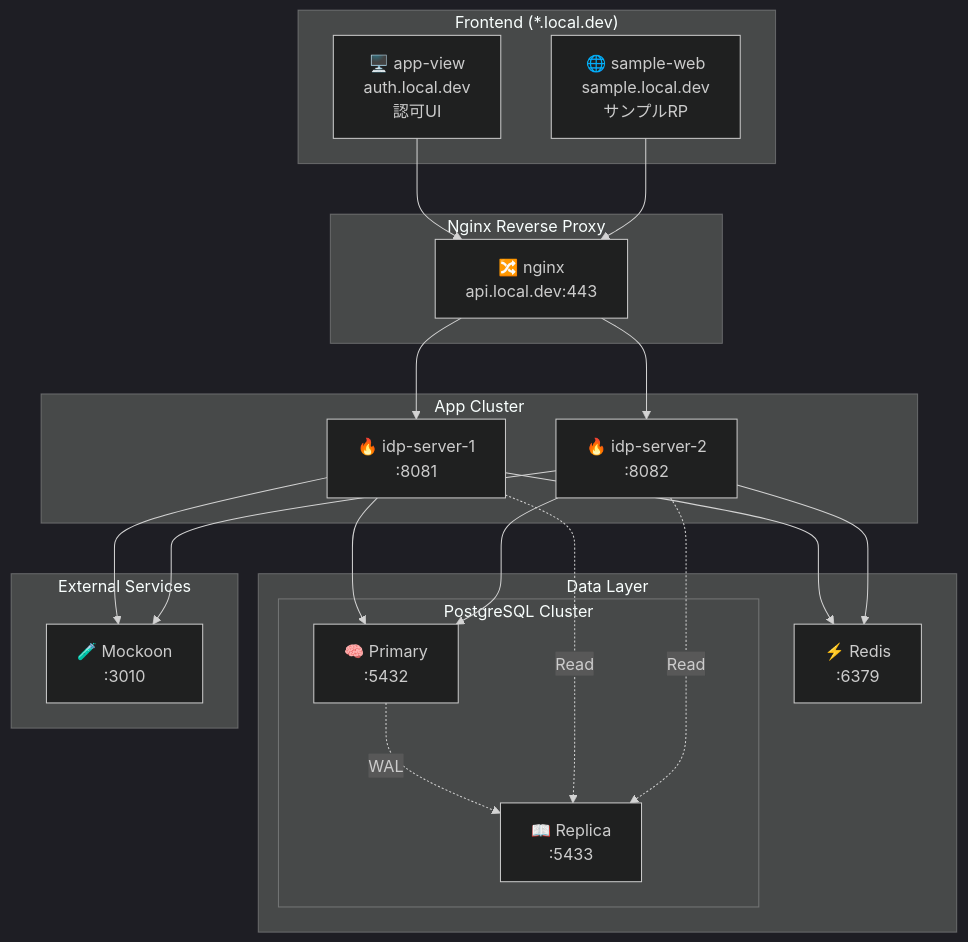
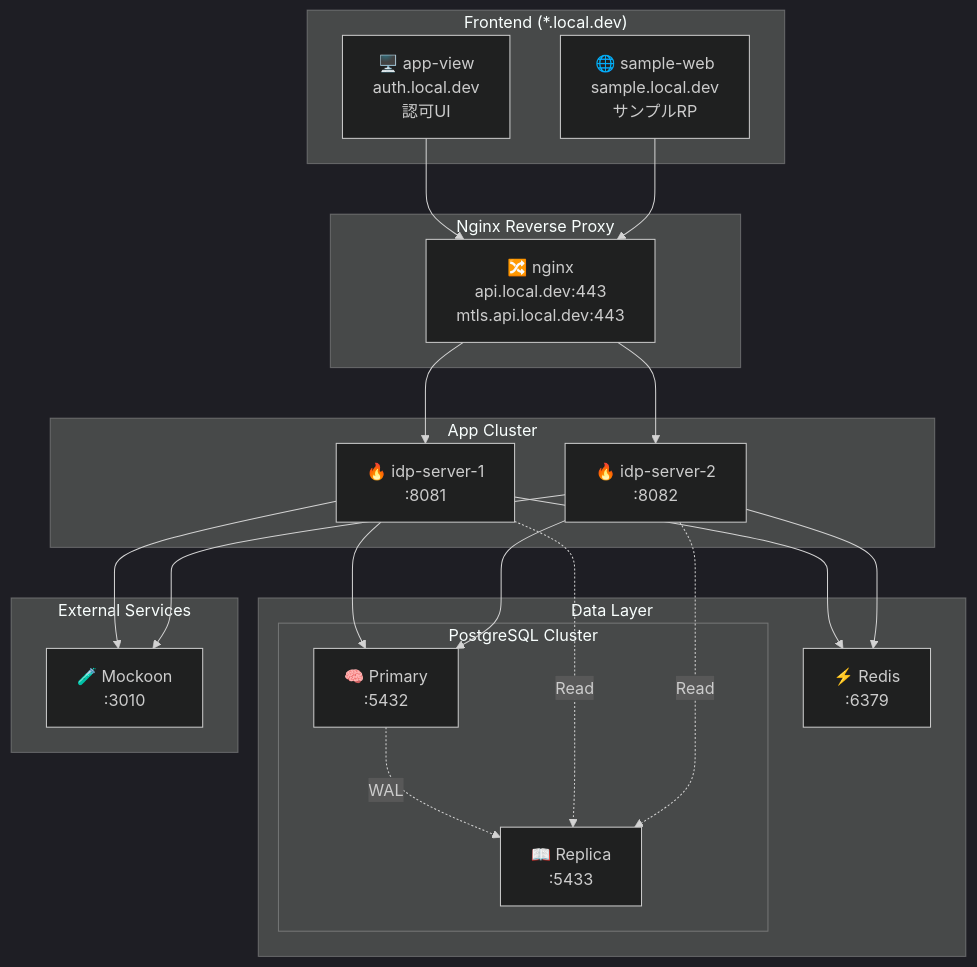
The diagram in documentation/docs/content_02_quickstart/quickstart-01-getting-started.md (hirokazu-kobayashi-koba-hiro/idp-server), drawn with Mermaid (dark theme) before and after one commit. The commit also changed other lines of this file and 4 other files, not shown here.

First line of the commit message:
docs: mTLSドメイン分離に伴うドキュメント更新 (mtls.api.local.dev)

````diff
--- a/documentation/docs/content_02_quickstart/quickstart-01-getting-started.md
+++ b/documentation/docs/content_02_quickstart/quickstart-01-getting-started.md
@@ -22,44 +22,44 @@
 ```mermaid
 flowchart TD
 subgraph Frontend["Frontend (*.local.dev)"]
 app_view[🖥️ app-view<br>auth.local.dev<br>認可UI]
 sample_web[🌐 sample-web<br>sample.local.dev<br>サンプルRP]
 end
 
 subgraph Nginx["Nginx Reverse Proxy"]
-nginx[🔀 nginx<br>api.local.dev:443]
+nginx[🔀 nginx<br>api.local.dev:443<br>mtls.api.local.dev:443]
 end
 
 subgraph App["App Cluster"]
 idp1[🔥 idp-server-1<br>:8081]
 idp2[🔥 idp-server-2<br>:8082]
 end
 
 subgraph Data["Data Layer"]
 subgraph PostgreSQL["PostgreSQL Cluster"]
 pg_primary[🧠 Primary<br>:5432]
 pg_replica[📖 Replica<br>:5433]
 pg_primary -.->|WAL| pg_replica
 end
 redis[⚡ Redis<br>:6379]
 end
 
 subgraph External["External Services"]
 mockoon[🧪 Mockoon<br>:3010]
 end
 
 app_view --> nginx
 sample_web --> nginx
 nginx --> idp1
 nginx --> idp2
 
 idp1 --> pg_primary
 idp1 -.->|Read| pg_replica
 idp1 --> redis
 idp1 --> mockoon
 
 idp2 --> pg_primary
 idp2 -.->|Read| pg_replica
 idp2 --> redis
 idp2 --> mockoon
 ```
````
